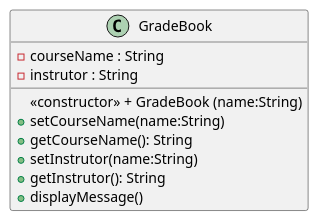
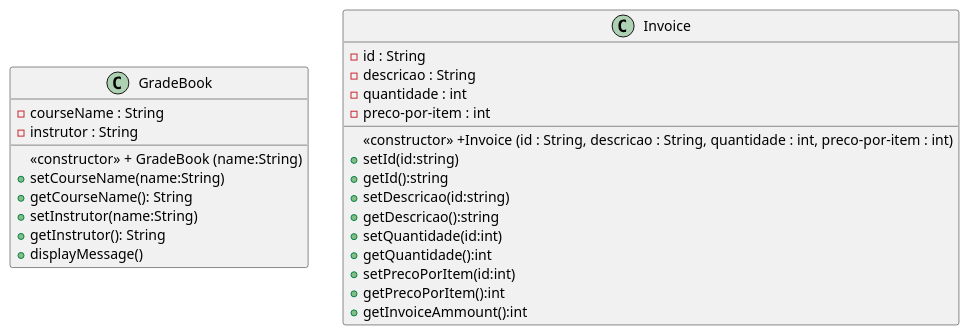
Before and after one commit to marcuswlima/learning: the diagram in c++/Deitel/src/cap03/GradeBook.puml, drawn with PlantUML. The commit also changed 4 other files, not shown here.

```diff
--- a/c++/Deitel/src/cap03/GradeBook.puml
+++ b/c++/Deitel/src/cap03/GradeBook.puml
@@ -1,12 +1,29 @@
 @startuml
 class GradeBook {
   <<constructor>> + GradeBook (name:String)
   - courseName : String
   - instrutor : String
   + setCourseName(name:String)
   + getCourseName(): String
   + setInstrutor(name:String)
   + getInstrutor(): String
   + displayMessage()
 }
+
+class Invoice{
+  <<constructor>> +Invoice (id : String, descricao : String, quantidade : int, preco-por-item : int)
+  - id : String
+  - descricao : String
+  - quantidade : int
+  - preco-por-item : int
+  + setId(id:string)
+  + getId():string 
+  + setDescricao(id:string)
+  + getDescricao():string 
+  + setQuantidade(id:int)
+  + getQuantidade():int
+  + setPrecoPorItem(id:int)
+  + getPrecoPorItem():int
+  + getInvoiceAmmount():int
+}
 @enduml
```
